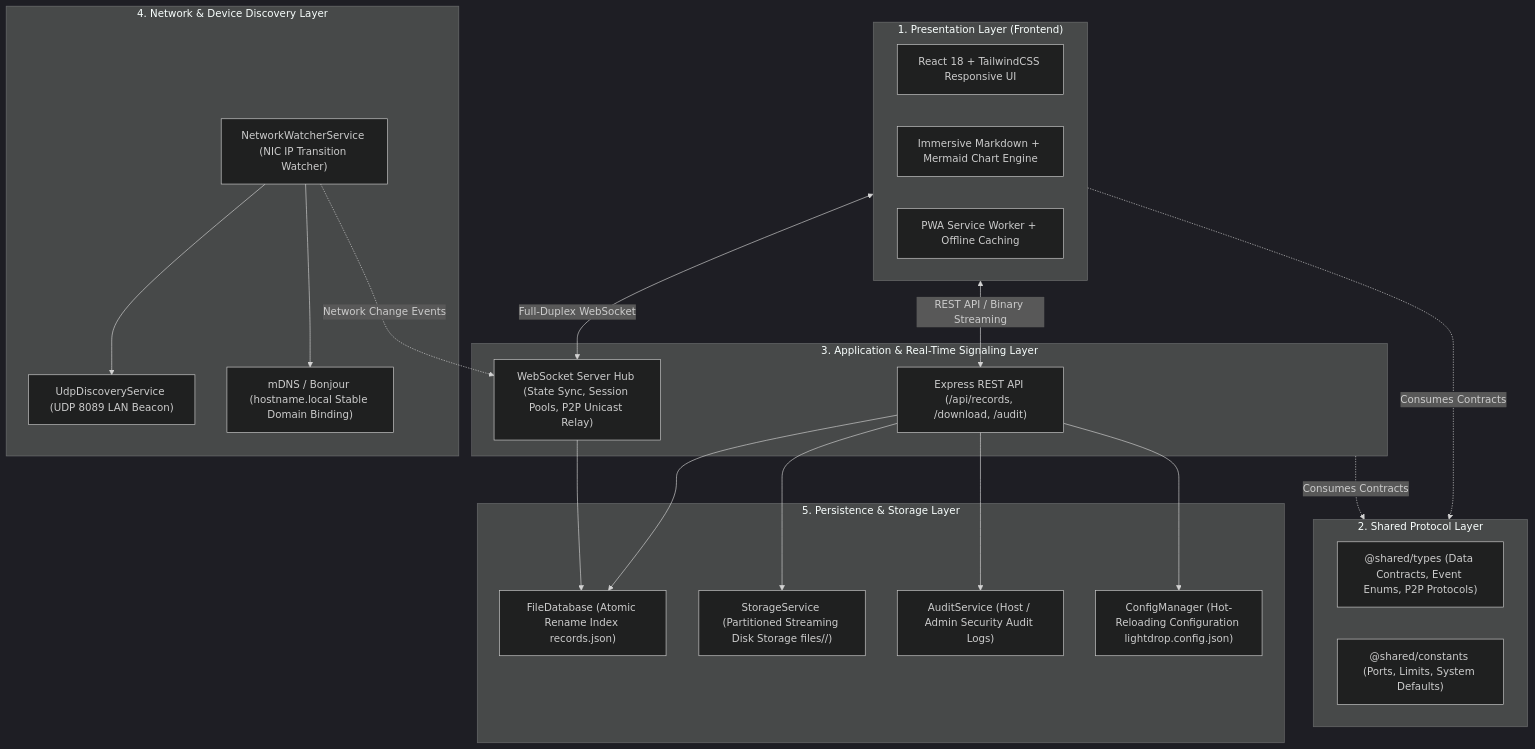
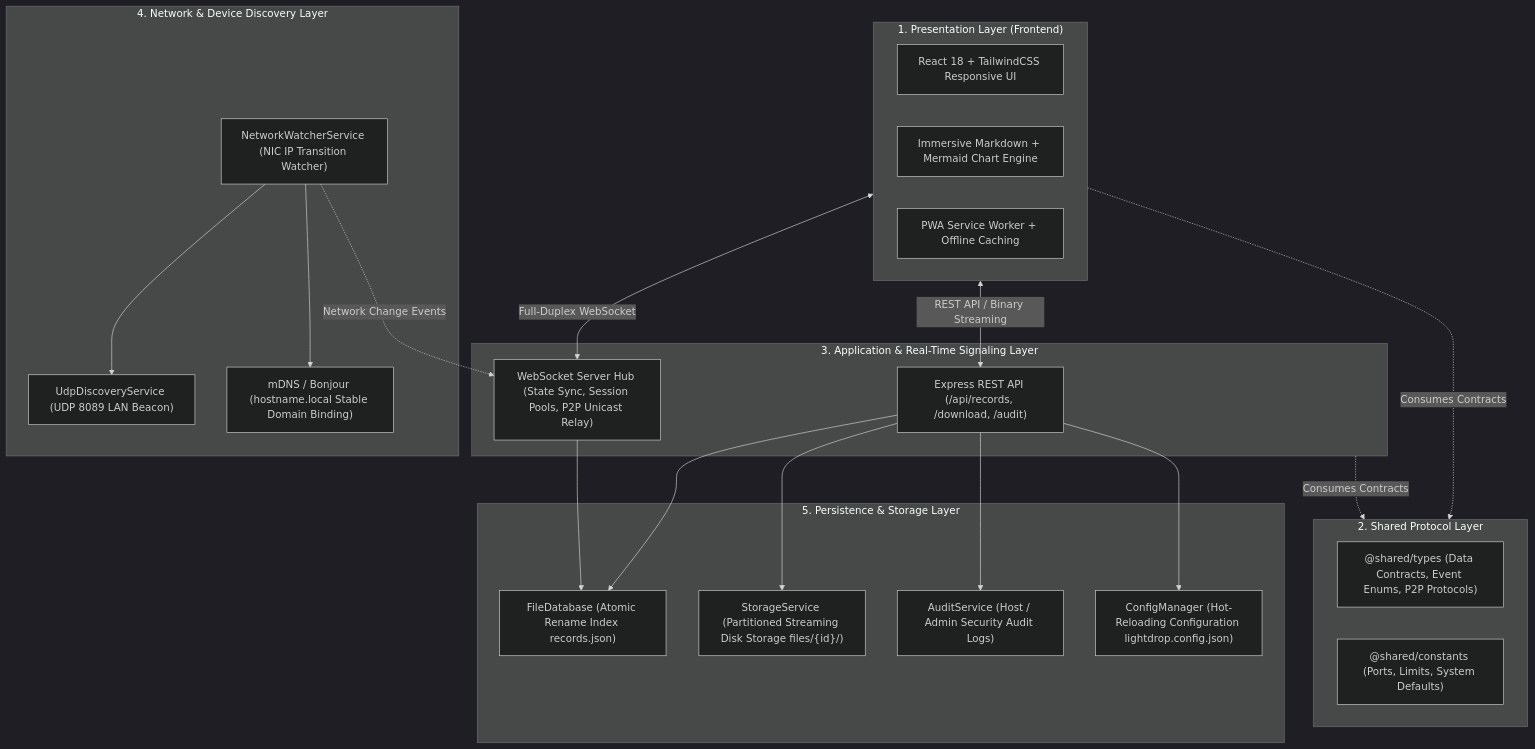
Before and after one commit to zhatiai/LightDrop: the first of 2 diagrams in docs/architecture_EN.md, drawn with Mermaid (dark theme). The commit also changed other lines of this file and 3 other files, not shown here.

First line of the commit message:
fix(docs): 修复 GitHub 上 Mermaid 图表语法解析错误与序列图分号问题

````diff
--- a/docs/architecture_EN.md
+++ b/docs/architecture_EN.md
@@ -40,44 +40,44 @@
 ```mermaid
 flowchart TD
     subgraph Layer1["1. Presentation Layer (Frontend)"]
         UI["React 18 + TailwindCSS Responsive UI"]
         Reader["Immersive Markdown + Mermaid Chart Engine"]
         PWA["PWA Service Worker + Offline Caching"]
     end
 
     subgraph Layer2["2. Shared Protocol Layer"]
         Types["@shared/types (Data Contracts, Event Enums, P2P Protocols)"]
         Constants["@shared/constants (Ports, Limits, System Defaults)"]
     end
 
     subgraph Layer3["3. Application & Real-Time Signaling Layer"]
         ExpressApp["Express REST API (/api/records, /download, /audit)"]
         WSHub["WebSocket Server Hub (State Sync, Session Pools, P2P Unicast Relay)"]
     end
 
     subgraph Layer4["4. Network & Device Discovery Layer"]
         NetWatcher["NetworkWatcherService (NIC IP Transition Watcher)"]
         UDPBeacon["UdpDiscoveryService (UDP 8089 LAN Beacon)"]
         Bonjour["mDNS / Bonjour (hostname.local Stable Domain Binding)"]
     end
 
     subgraph Layer5["5. Persistence & Storage Layer"]
         AtomicDB["FileDatabase (Atomic Rename Index records.json)"]
-        StorageSvc["StorageService (Partitioned Streaming Disk Storage files/<id>/)"]
+        StorageSvc["StorageService (Partitioned Streaming Disk Storage files/{id}/)"]
         AuditSvc["AuditService (Host / Admin Security Audit Logs)"]
         ConfigMgr["ConfigManager (Hot-Reloading Configuration lightdrop.config.json)"]
     end
 
     Layer1 <-->|REST API / Binary Streaming| ExpressApp
     Layer1 <-->|Full-Duplex WebSocket| WSHub
     Layer1 -.->|Consumes Contracts| Layer2
     Layer3 -.->|Consumes Contracts| Layer2
     ExpressApp --> AtomicDB
     ExpressApp --> StorageSvc
     ExpressApp --> AuditSvc
     ExpressApp --> ConfigMgr
     WSHub --> AtomicDB
     NetWatcher --> UDPBeacon
     NetWatcher --> Bonjour
     NetWatcher -.->|Network Change Events| WSHub
 ```
````
